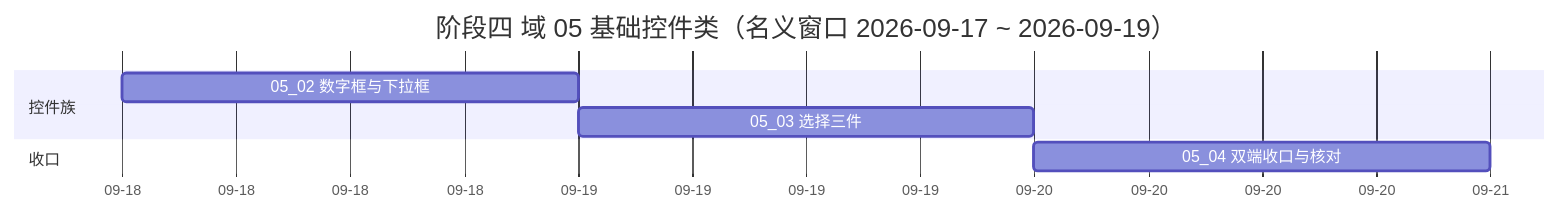
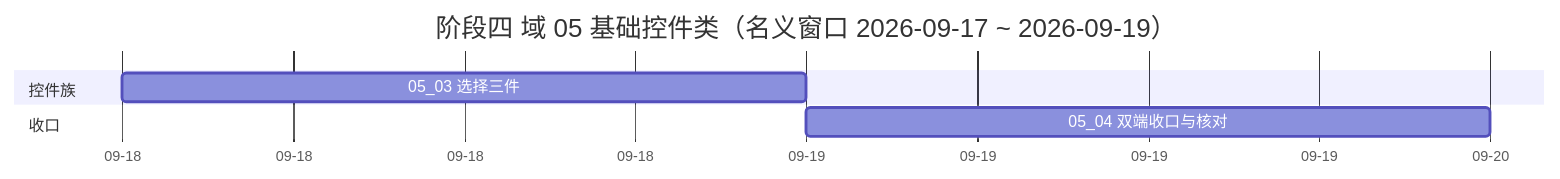
One commit to minjian123/basic-management-system changed the diagram in bms文档/项目/04_前端组件库/计划/01_计划_前端组件库.md. Above: the diagram before and after it, drawn with Mermaid. The commit also changed other lines of this file and 11 other files, not shown here.

````diff
--- a/bms文档/项目/04_前端组件库/计划/01_计划_前端组件库.md
+++ b/bms文档/项目/04_前端组件库/计划/01_计划_前端组件库.md
@@ -109,11 +109,10 @@
 ```mermaid
 gantt
     title 阶段四 域 05 基础控件类（名义窗口 2026-09-17 ~ 2026-09-19）
     dateFormat YYYY-MM-DD
     axisFormat %m-%d
     section 控件族
-    05_02 数字框与下拉框 :a2, 2026-09-18, 1d
-    05_03 选择三件 :a3, after a2, 1d
+    05_03 选择三件 :a3, 2026-09-18, 1d
     section 收口
     05_04 双端收口与核对 :a4, after a3, 1d
 ```
````
